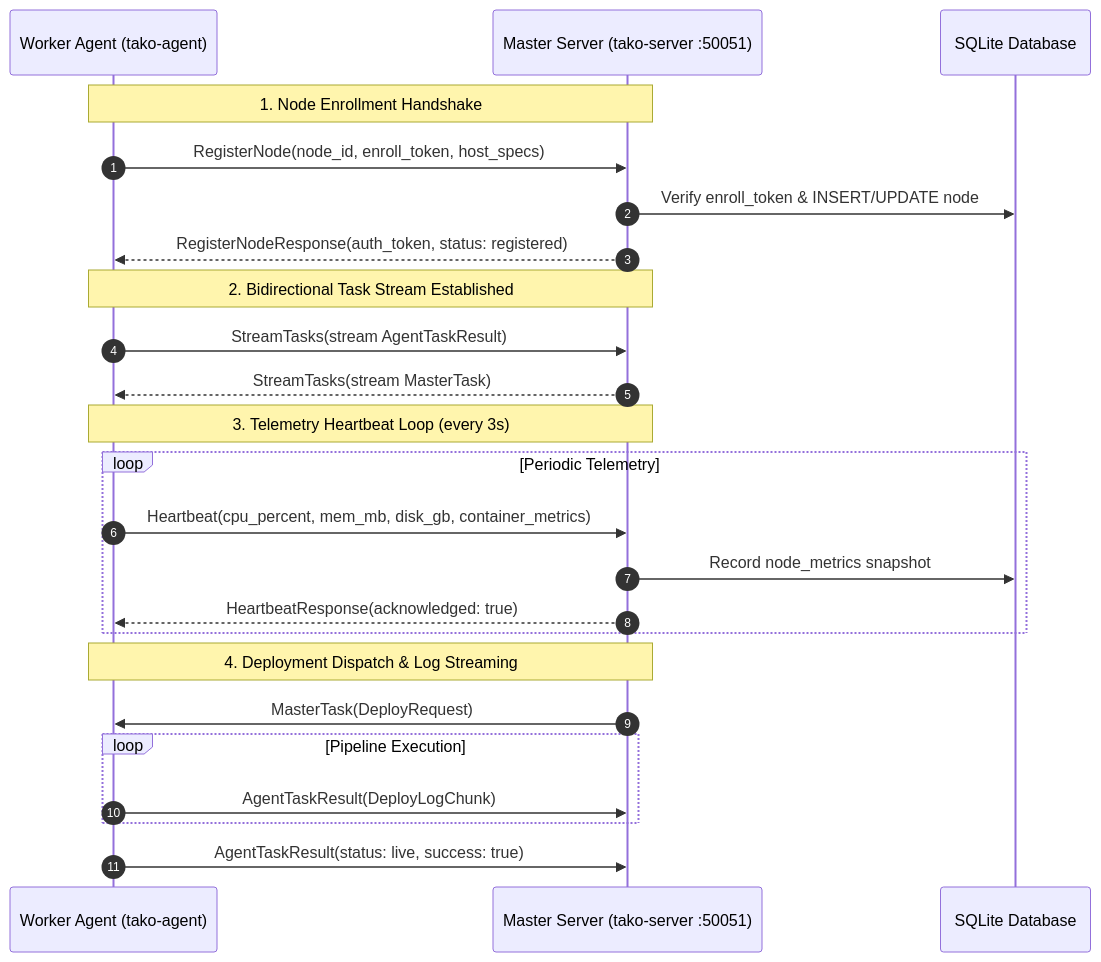
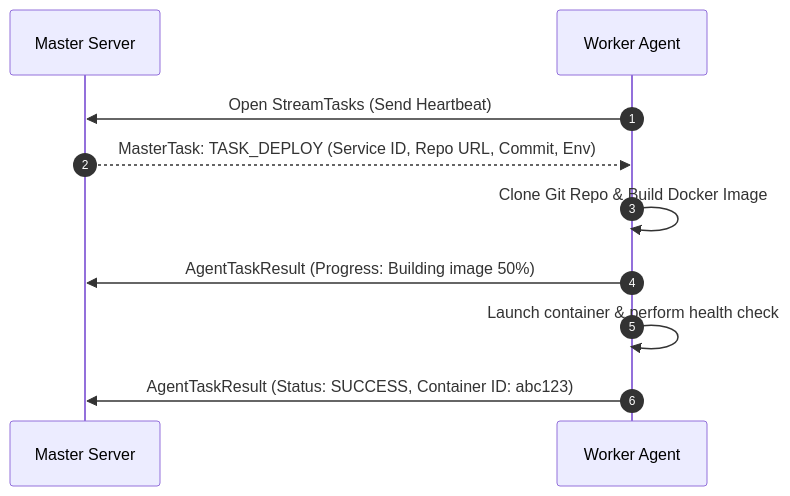
One commit to gettako/tako changed the diagram in docs/architecture/agent-protocol.mdx. Above: the diagram before and after it, drawn with Mermaid. The commit also changed other lines of this file and 34 other files, not shown here.

````diff
--- a/docs/architecture/agent-protocol.mdx
+++ b/docs/architecture/agent-protocol.mdx
@@ -14,30 +58,13 @@
 ```mermaid
 sequenceDiagram
     autonumber
-    participant Agent as Worker Agent (tako-agent)
-    participant Master as Master Server (tako-server :50051)
-    participant DB as SQLite Database
+    participant Server as Master Server
+    participant Agent as Worker Agent
 
-    Note over Agent,Master: 1. Node Enrollment Handshake
-    Agent->>Master: RegisterNode(node_id, enroll_token, host_specs)
-    Master->>DB: Verify enroll_token & INSERT/UPDATE node
-    Master-->>Agent: RegisterNodeResponse(auth_token, status: registered)
-
-    Note over Agent,Master: 2. Bidirectional Task Stream Established
-    Agent->>Master: StreamTasks(stream AgentTaskResult)
-    Master-->>Agent: StreamTasks(stream MasterTask)
-
-    Note over Agent,Master: 3. Telemetry Heartbeat Loop (every 3s)
-    loop Periodic Telemetry
-        Agent->>Master: Heartbeat(cpu_percent, mem_mb, disk_gb, container_metrics)
-        Master->>DB: Record node_metrics snapshot
-        Master-->>Agent: HeartbeatResponse(acknowledged: true)
-    end
-
-    Note over Agent,Master: 4. Deployment Dispatch & Log Streaming
-    Master->>Agent: MasterTask(DeployRequest)
-    loop Pipeline Execution
-        Agent->>Master: AgentTaskResult(DeployLogChunk)
-    end
-    Agent->>Master: AgentTaskResult(status: live, success: true)
+    Agent->>Server: Open StreamTasks (Send Heartbeat)
+    Server-->>Agent: MasterTask: TASK_DEPLOY (Service ID, Repo URL, Commit, Env)
+    Agent->>Agent: Clone Git Repo & Build Docker Image
+    Agent->>Server: AgentTaskResult (Progress: Building image 50%)
+    Agent->>Agent: Launch container & perform health check
+    Agent->>Server: AgentTaskResult (Status: SUCCESS, Container ID: abc123)
 ```
````
